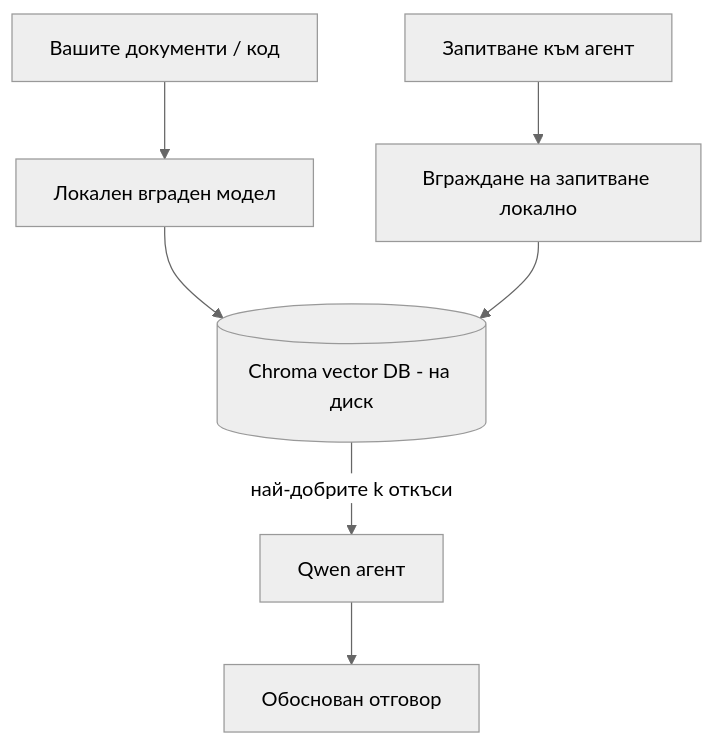
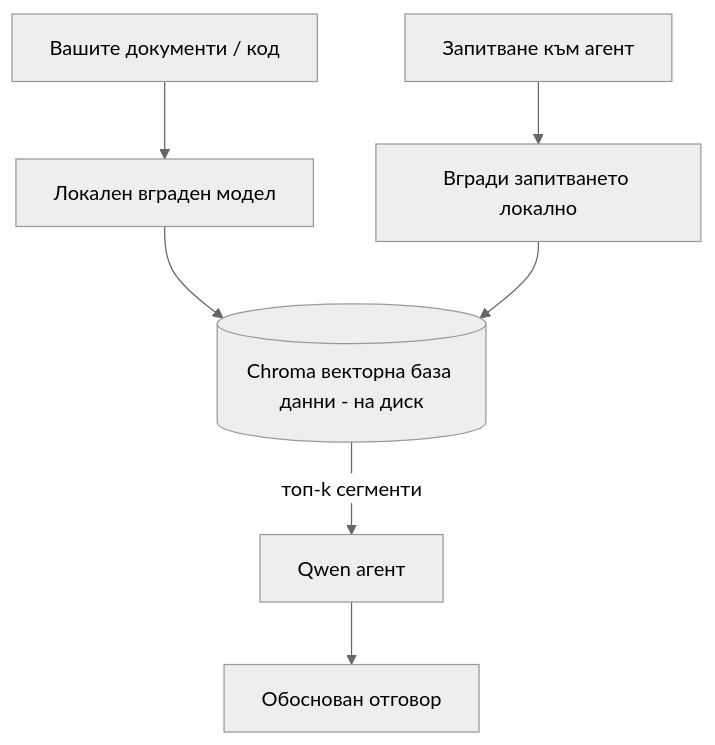
The third of 4 diagrams in mirrors/repos/microsoft@ai-agents-for-beginners/translations/bg/17-creating-local-ai-agents/README.md (gabrielmoreira/agent-skills-mirror), drawn with Mermaid (neutral theme) before and after one commit. The commit also changed other lines of this file and 4262 other files, not shown here.

````diff
--- a/mirrors/repos/microsoft@ai-agents-for-beginners/translations/bg/17-creating-local-ai-agents/README.md
+++ b/mirrors/repos/microsoft@ai-agents-for-beginners/translations/bg/17-creating-local-ai-agents/README.md
@@ -125,9 +125,9 @@
 ```mermaid
 flowchart TB
     D[Вашите документи / код] --> E[Локален вграден модел]
-    E --> V[(Chroma vector DB - на диск)]
-    Q[Запитване към агент] --> QE[Вграждане на запитване локално]
+    E --> V[(Chroma векторна база данни - на диск)]
+    Q[Запитване към агент] --> QE[Вгради запитването локално]
     QE --> V
-    V -->|най-добрите k откъси| A[Qwen агент]
+    V -->|топ-k сегменти| A[Qwen агент]
     A --> Ans[Обоснован отговор]
 ```
````
